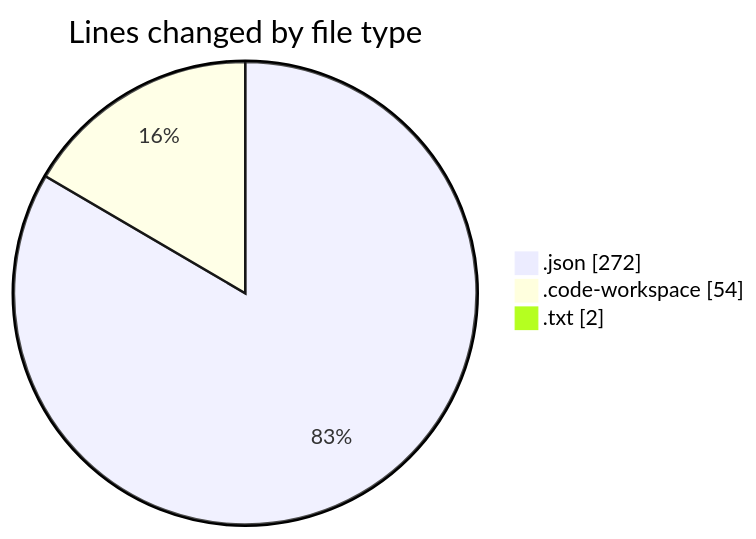
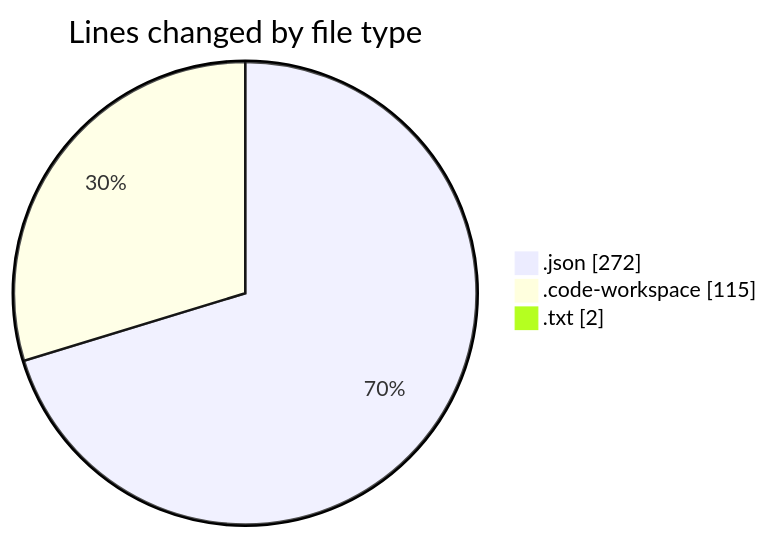
The first of 2 diagrams in 2026-02-24/workbench__workspace_/README.md (jadenblack/code-tracking), drawn with Mermaid before and after one commit. The commit also changed other lines of this file and 1 other file, not shown here.

````diff
--- a/2026-02-24/workbench__workspace_/README.md
+++ b/2026-02-24/workbench__workspace_/README.md
@@ -24,7 +24,7 @@
 ```mermaid
 pie showData
 title Lines changed by file type
 ".json" : 272
-".code-workspace" : 54
+".code-workspace" : 115
 ".txt" : 2
 ```
````
